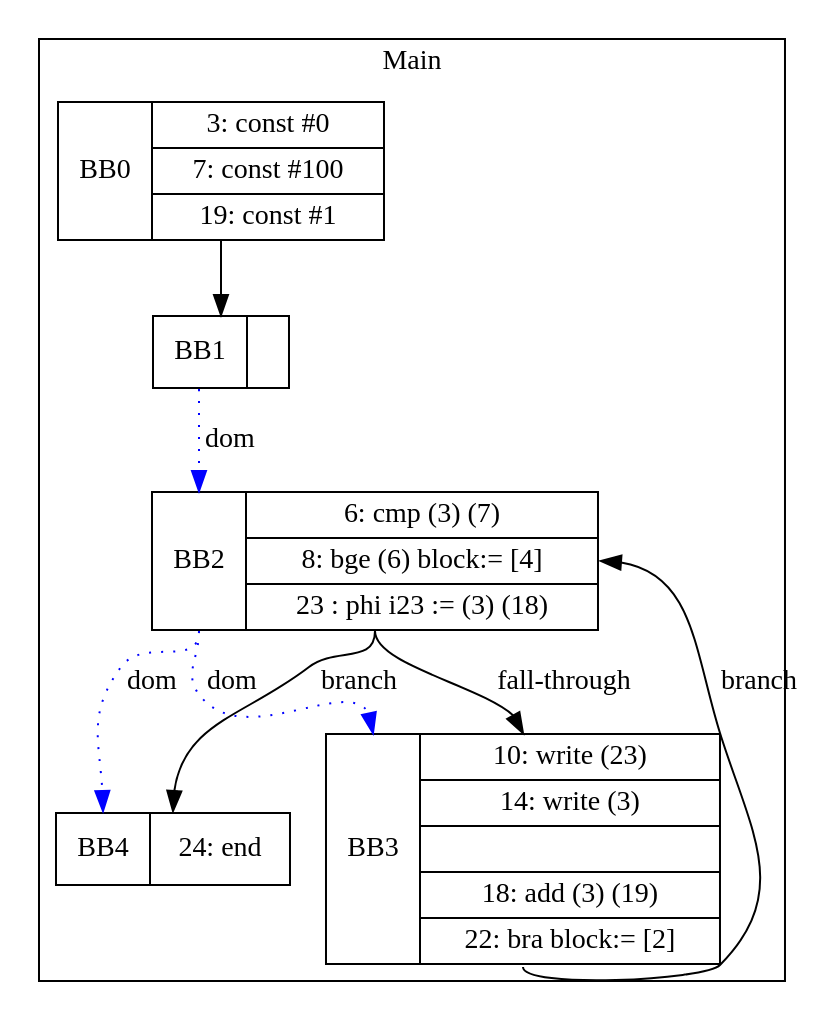
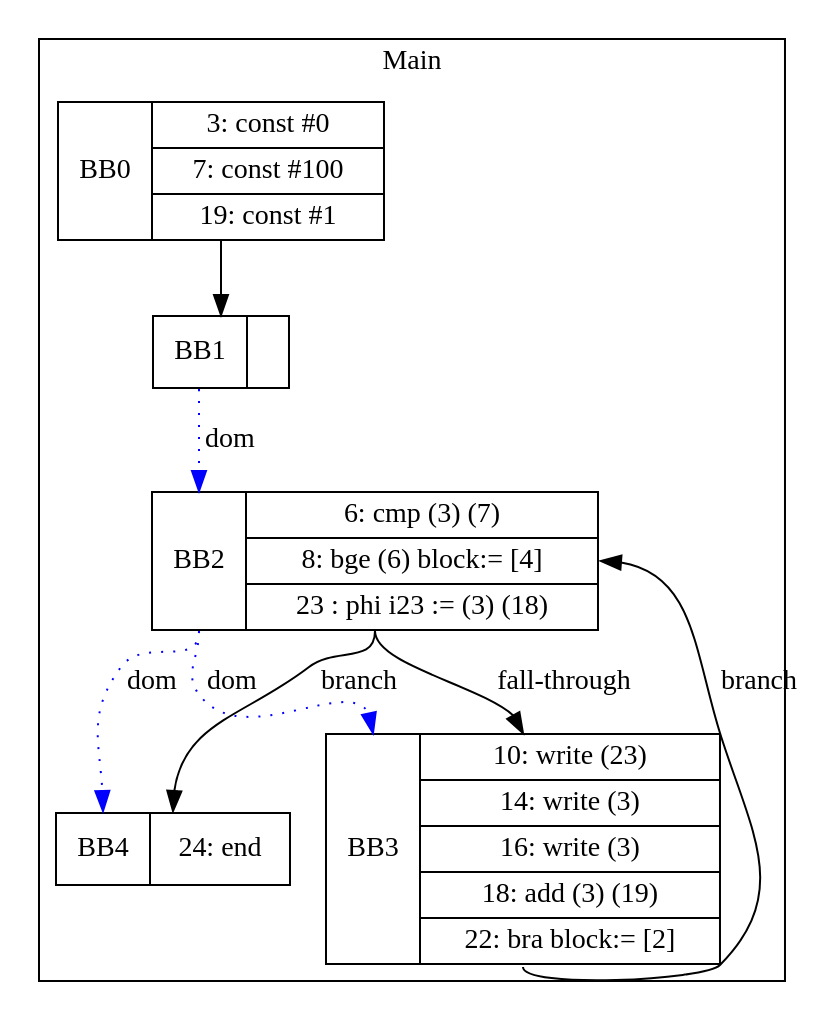
The diagram in visualization/phillip/copyPropagationWithLoopPhis/midBlockUpdate.gv (zjc664656505/UCI-CS241-Advanced-Compiler-main), drawn with Graphviz before and after one commit. The commit also changed 26 other files, not shown here.

```diff
--- a/visualization/phillip/copyPropagationWithLoopPhis/midBlockUpdate.gv
+++ b/visualization/phillip/copyPropagationWithLoopPhis/midBlockUpdate.gv
@@ -1,18 +1,18 @@
 digraph G {
 node [shape=record];
 subgraph cluster_main{
 label = "Main";
 BB0 [shape=record, label="<b>BB0|{3: const #0|7: const #100|19: const #1}"];
 BB1 [shape=record, label="<b>BB1|}"];
 BB2 [shape=record, label="<b>BB2|{6: cmp (3) (7)|8: bge (6) block:= [4]|23 : phi i23 := (3) (18)}"];
-BB3 [shape=record, label="<b>BB3|{10: write (23)|14: write (3)||18: add (3) (19)|22: bra block:= [2]}"];
+BB3 [shape=record, label="<b>BB3|{10: write (23)|14: write (3)|16: write (3)|18: add (3) (19)|22: bra block:= [2]}"];
 BB4 [shape=record, label="<b>BB4|{24: end}"];
 }
 BB0:s -> BB1:n ;
 BB2:b -> BB3:b [color=blue, style=dotted, label="dom"];
 BB2:b -> BB4:b [color=blue, style=dotted, label="dom"];
 BB1:b -> BB2:b [color=blue, style=dotted, label="dom"];
 BB2:s -> BB4:n [label="branch"];
 BB3:s -> BB2:e [label="branch"];
 BB2:s -> BB3:n [label="fall-through"];
 }
```
